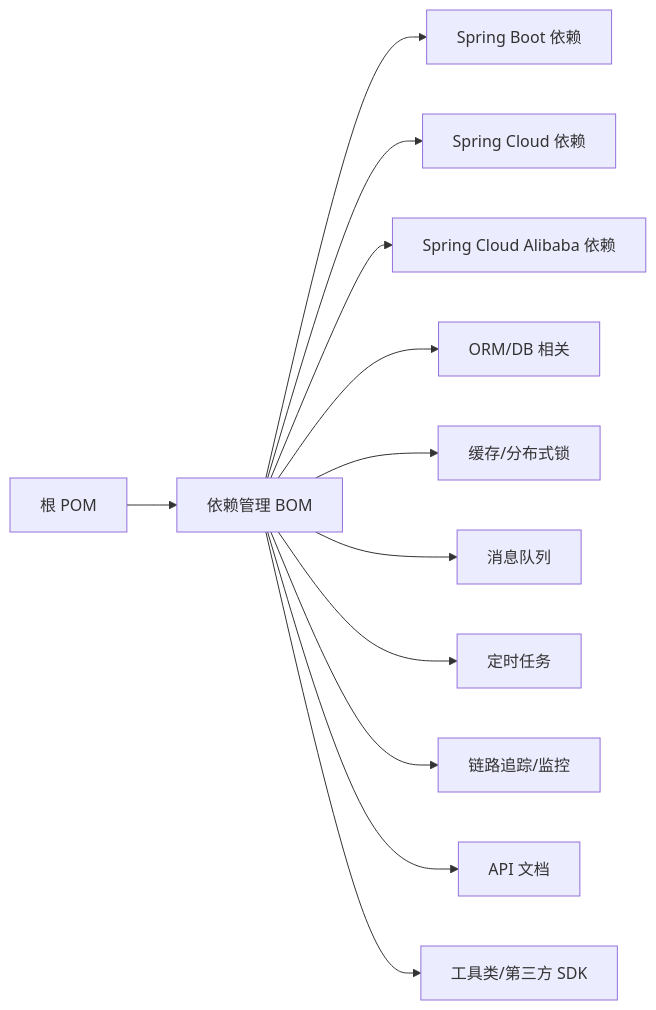
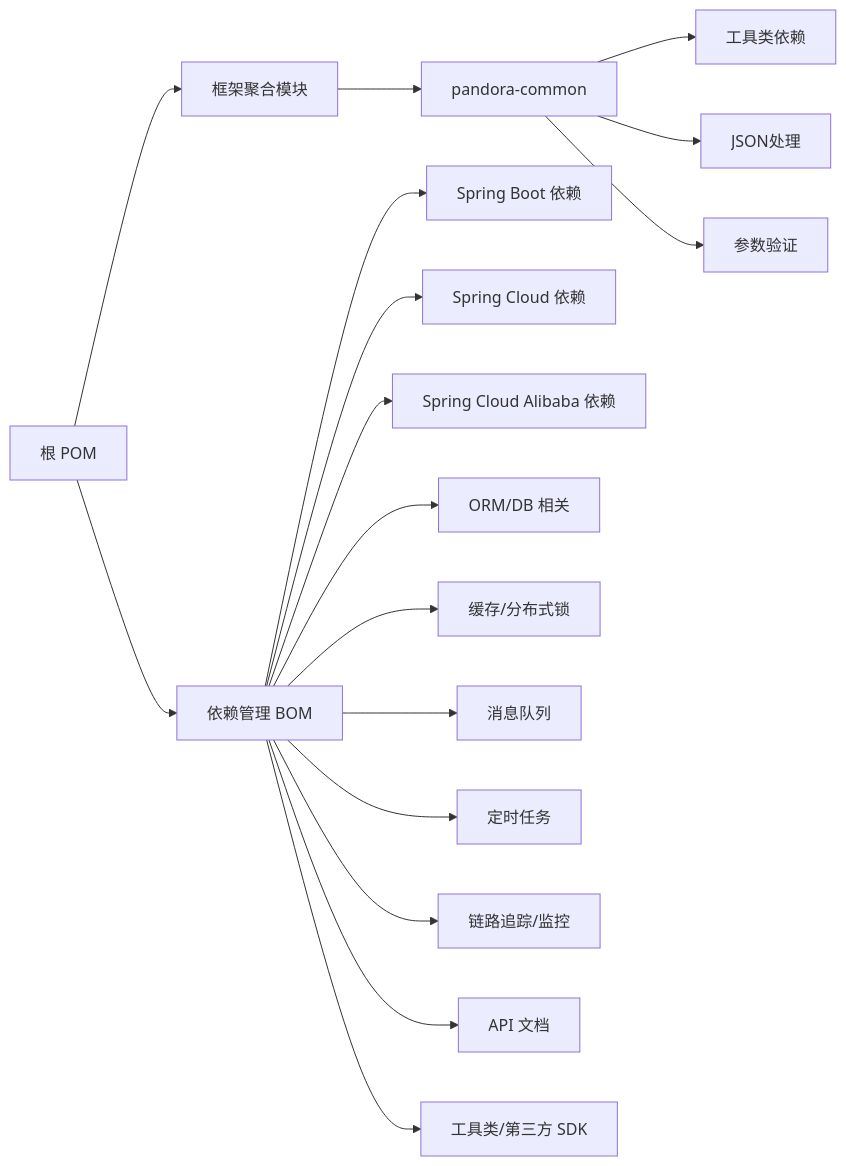
Before and after one commit to guanglei93/pandora-cloud: diagram 11 of 11 in .qoder/repowiki/zh/content/架构设计/架构设计.md, drawn with Mermaid. The commit also changed other lines of this file and 5 other files, not shown here.

Commit message:
docs: 更新架构设计文档、核心组件文档，新增 pandora-common 模块说明

````diff
--- a/.qoder/repowiki/zh/content/架构设计/架构设计.md
+++ b/.qoder/repowiki/zh/content/架构设计/架构设计.md
@@ -231,14 +548,19 @@
 ```mermaid
 graph LR
 RootPOM["根 POM"] --> BOM["依赖管理 BOM"]
+RootPOM --> Framework["框架聚合模块"]
+Framework --> Common["pandora-common"]
 BOM --> SB["Spring Boot 依赖"]
 BOM --> SC["Spring Cloud 依赖"]
 BOM --> SCA["Spring Cloud Alibaba 依赖"]
 BOM --> DB["ORM/DB 相关"]
 BOM --> CACHE["缓存/分布式锁"]
 BOM --> MQ["消息队列"]
 BOM --> JOB["定时任务"]
 BOM --> MON["链路追踪/监控"]
 BOM --> DOC["API 文档"]
 BOM --> UTIL["工具类/第三方 SDK"]
+Common --> TOOLS["工具类依赖"]
+Common --> JSON["JSON处理"]
+Common --> VALID["参数验证"]
 ```
````
